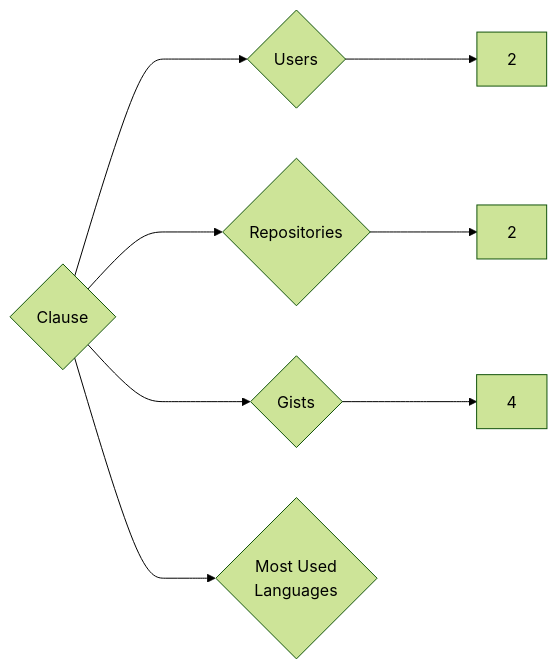
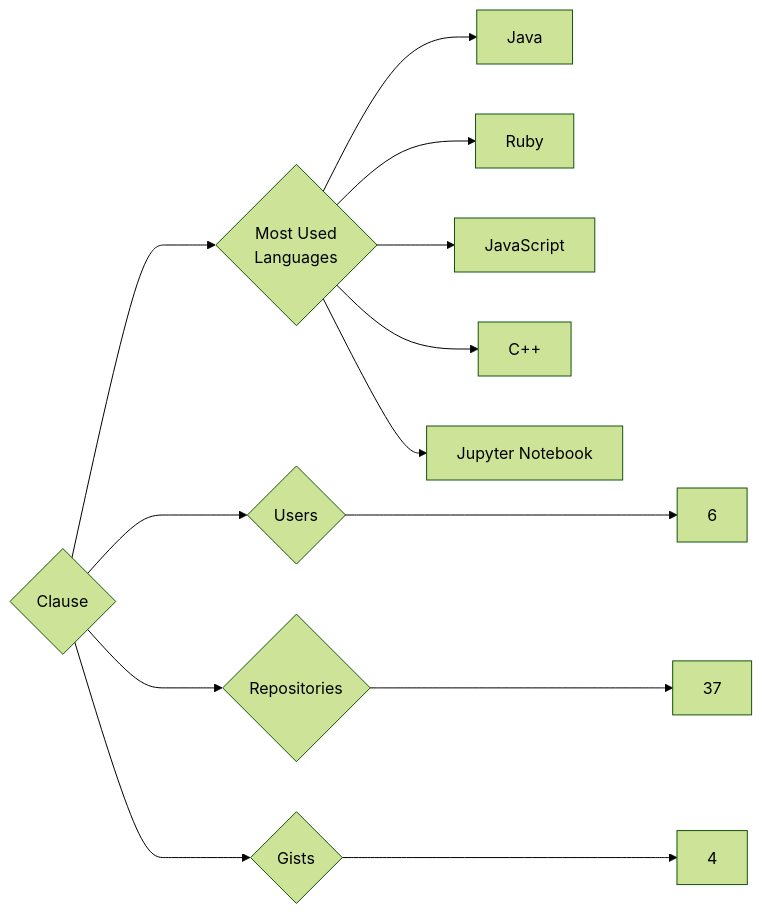
One commit to trickest/insiders changed the diagram in targets/Clause/README.md. Above: the diagram before and after it, drawn with Mermaid (forest theme). The commit also changed 1314 other files, not shown here.

````diff
--- a/targets/Clause/README.md
+++ b/targets/Clause/README.md
@@ -3,8 +3,13 @@
 ```mermaid
 graph LR
 COMPANY_NAME{Clause}
-COMPANY_NAME ---> U{Users} ---> UN[2]
-COMPANY_NAME ---> R{Repositories} ---> RN[2]
+COMPANY_NAME ---> U{Users} ---> UN[6]
+COMPANY_NAME ---> R{Repositories} ---> RN[37]
 COMPANY_NAME ---> G{Gists} ---> GN[4]
 COMPANY_NAME ---> ML{Most Used<br>Languages}
+ML --> Java[Java]
+ML --> Ruby[Ruby]
+ML --> JavaScript[JavaScript]
+ML --> C++[C++]
+ML --> Jupyter_Notebook[Jupyter Notebook]
 ```
````
